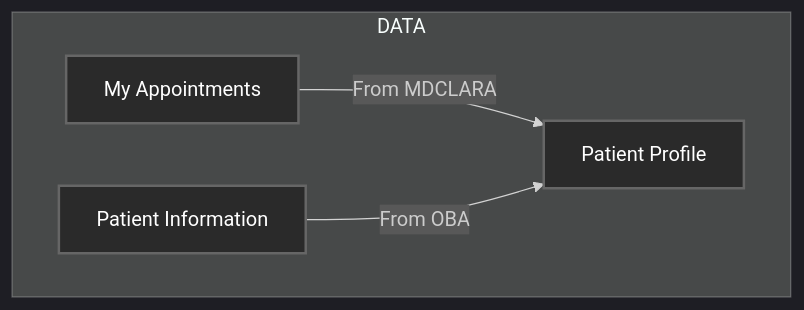
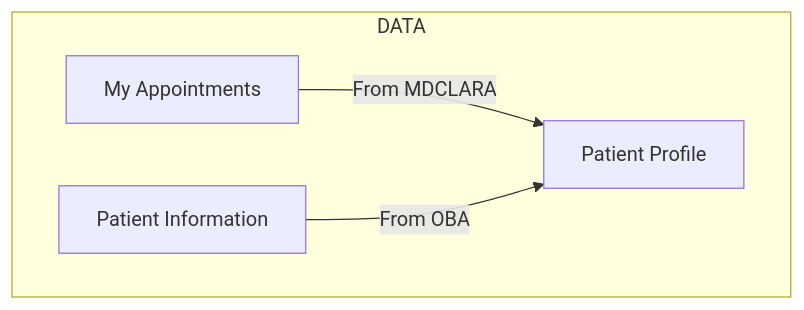
One commit to MOHAMEDHESMAM8/obahealthclub changed the fifth of 5 diagrams in index.md. Above: the diagram before and after it, drawn with Mermaid. The commit also changed other lines of this file and 3 other files, not shown here.

````diff
--- a/index.md
+++ b/index.md
@@ -119,11 +115,7 @@
 ```mermaid
-%%{init: {'theme': 'dark'}}%%
 graph TD
     subgraph "DATA"
         A[My Appointments] -->|From MDCLARA| E[Patient Profile]
         D[Patient Information] -->|From OBA| E[Patient Profile]
     end
-    style A fill:#2A2A2A,stroke:#666,stroke-width:2px,color:#fff
-    style D fill:#2A2A2A,stroke:#666,stroke-width:2px,color:#fff
-    style E fill:#2A2A2A,stroke:#666,stroke-width:2px,color:#fff
 ```
````
